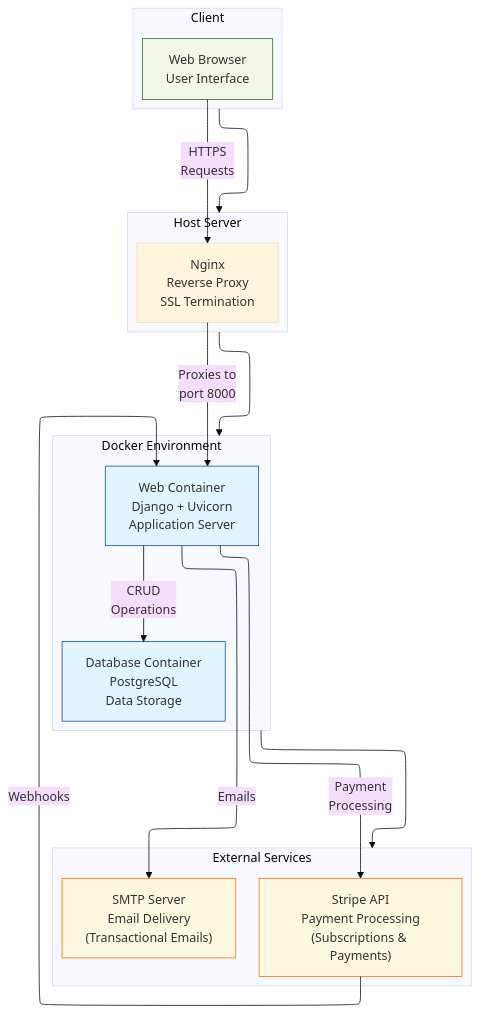
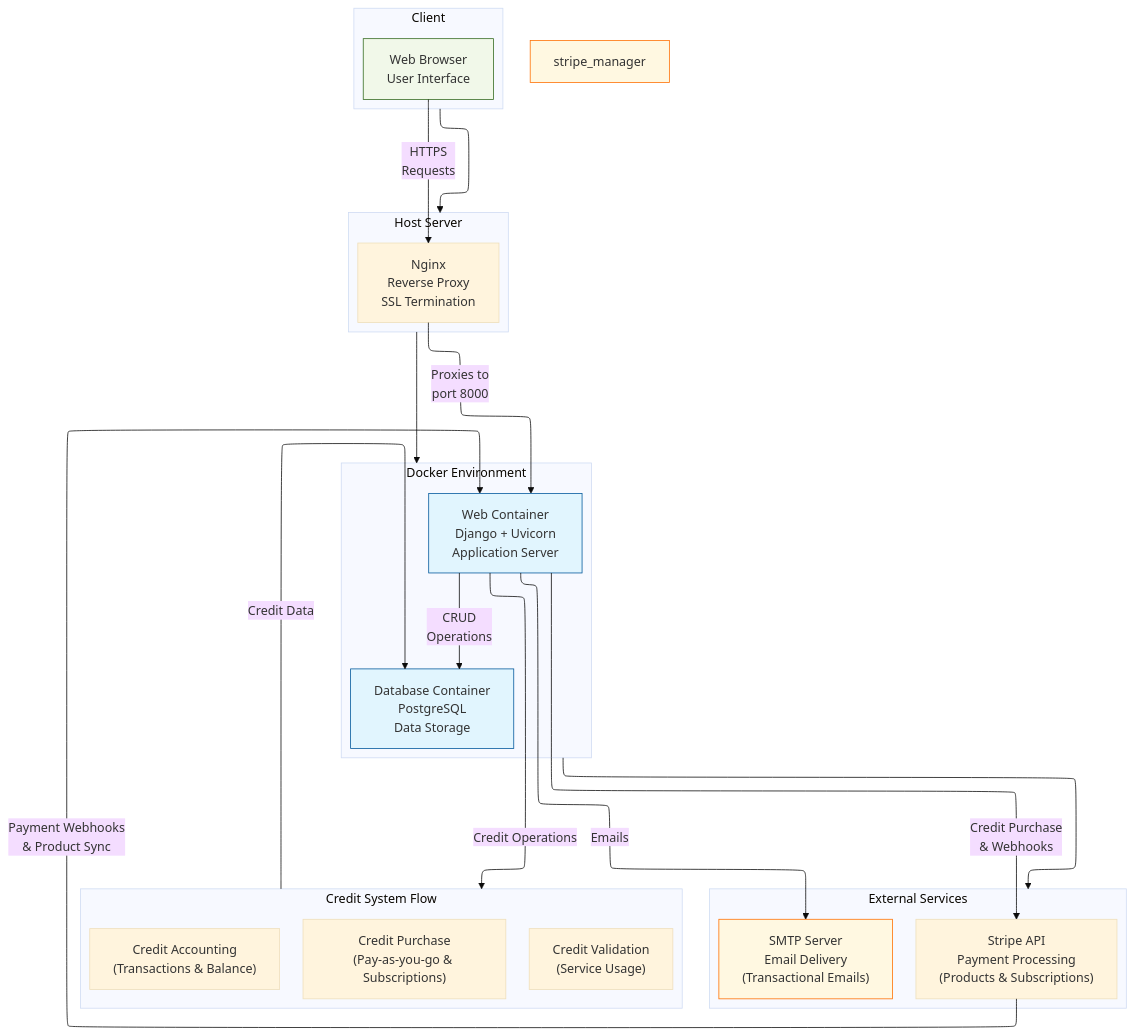
Before and after one commit to Experto-AI/quickscale: the fifth of 7 diagrams in TECHNICAL_DOCS.md, drawn with Mermaid (base theme). The commit also changed other lines of this file and 53 other files, not shown here.

````diff
--- a/TECHNICAL_DOCS.md
+++ b/TECHNICAL_DOCS.md
@@ -401,42 +425,50 @@
 ```mermaid
 ---
 config:
   layout: elk
 ---
 flowchart TD
  subgraph Client["Client"]
         browser["Web Browser<br>User Interface"]
   end
  subgraph Host["Host Server"]
     direction TB
         nginx["Nginx<br>Reverse Proxy<br>SSL Termination"]
   end
  subgraph Docker["Docker Environment"]
     direction TB
         web["Web Container<br>Django + Uvicorn<br>Application Server"]
         db["Database Container<br>PostgreSQL<br>Data Storage"]
   end
  subgraph External["External Services"]
     direction TB
         smtp["SMTP Server<br>Email Delivery<br>(Transactional Emails)"]
-        stripe_manager["Stripe API<br>Payment Processing<br>(Subscriptions &amp; Payments)"]
+        stripe_api["Stripe API<br>Payment Processing<br>(Products & Subscriptions)"]
+  end
+ subgraph CreditSystem["Credit System Flow"]
+    direction TB
+        credit_purchase["Credit Purchase<br>(Pay-as-you-go & Subscriptions)"]
+        credit_validation["Credit Validation<br>(Service Usage)"]
+        credit_accounting["Credit Accounting<br>(Transactions & Balance)"]
   end
     web -- CRUD<br>Operations --> db
     Client --> Host
     Host --> Docker
     Docker --> External
     browser -- HTTPS<br>Requests --> nginx
     nginx -- Proxies to<br>port 8000 --> web
     web -- Emails --> smtp
-    web -- Payment<br>Processing --> stripe_manager
-    stripe_manager -- Webhooks --> web
+    web -- Credit Purchase<br>& Webhooks --> stripe_api
+    stripe_api -- Payment Webhooks<br>& Product Sync --> web
+    web -- Credit Operations --> CreditSystem
+    CreditSystem -- Credit Data --> db
      browser:::client
      web:::container
      db:::container
      smtp:::external
      stripe_manager:::external
     classDef container fill:#e1f5fe,stroke:#01579b,stroke-width:1px
     classDef external fill:#fff8e1,stroke:#ff6f00,stroke-width:1px
     classDef client fill:#f1f8e9,stroke:#33691e,stroke-width:1px
 
 ```
````
